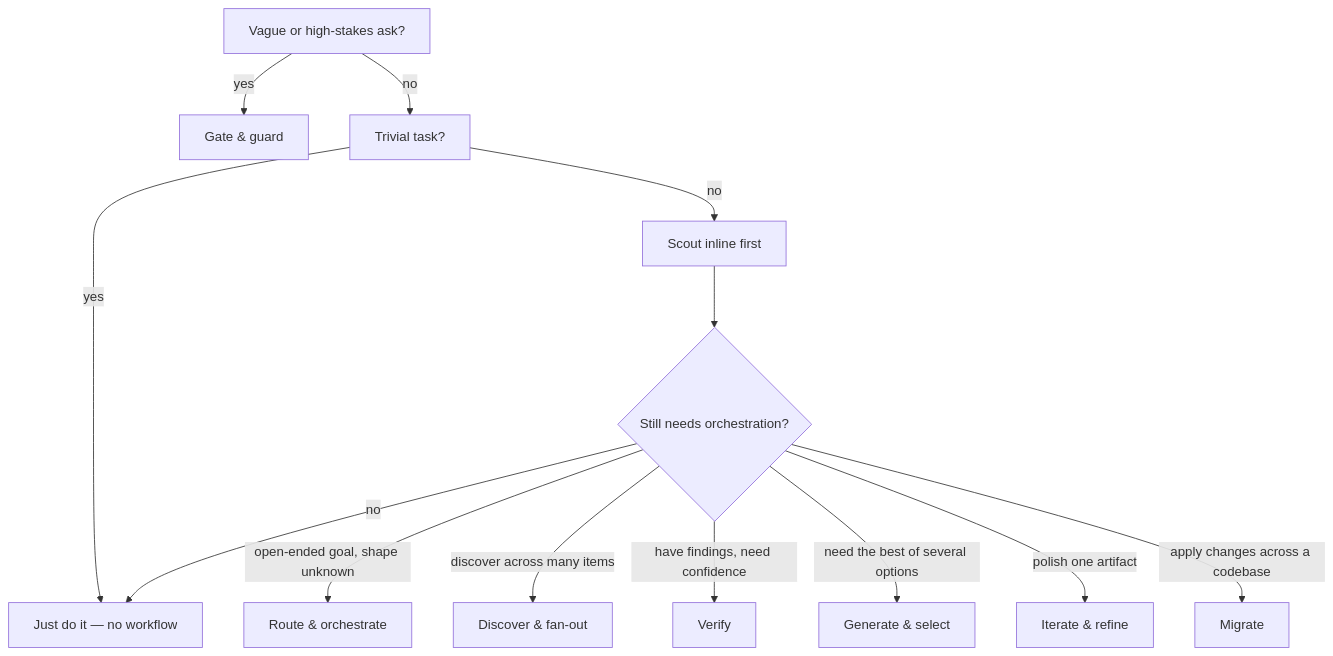
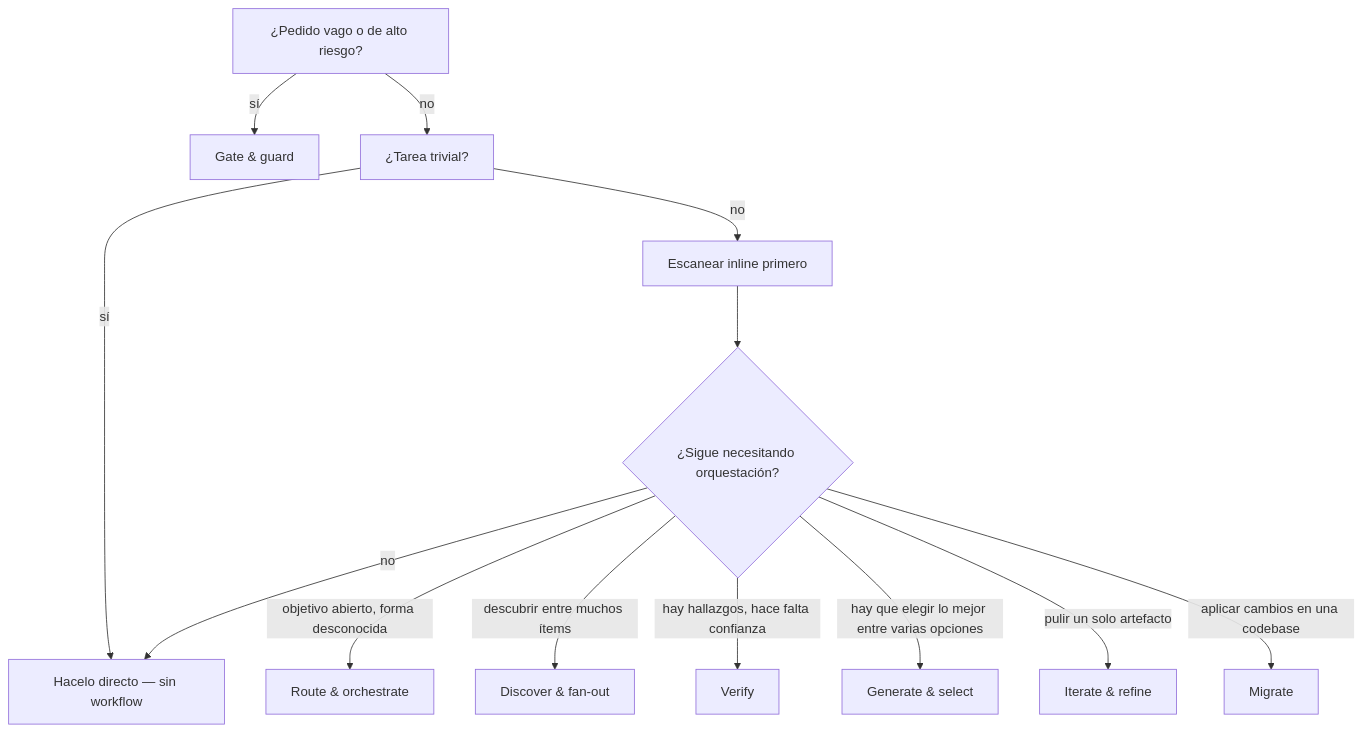
The diagram in docs/handbooks/workflow-catalog.md (andrestobelem/pandi-extensions), drawn with Mermaid before and after one commit. The commit also changed other lines of this file and 200 other files, not shown here.

````diff
--- a/docs/handbooks/workflow-catalog.md
+++ b/docs/handbooks/workflow-catalog.md
@@ -31,15 +26,15 @@
 ```mermaid
 flowchart TD
-    A[Vague or high-stakes ask?] -->|yes| B[Gate & guard]
-    A -->|no| C[Trivial task?]
-    C -->|yes| D[Just do it — no workflow]
-    C -->|no| E[Scout inline first]
-    E --> F{Still needs orchestration?}
+    A[¿Pedido vago o de alto riesgo?] -->|sí| B[Gate & guard]
+    A -->|no| C[¿Tarea trivial?]
+    C -->|sí| D[Hacelo directo — sin workflow]
+    C -->|no| E[Escanear inline primero]
+    E --> F{¿Sigue necesitando orquestación?}
     F -->|no| D
-    F -->|open-ended goal, shape unknown| G[Route & orchestrate]
-    F -->|discover across many items| H[Discover & fan-out]
-    F -->|have findings, need confidence| I[Verify]
-    F -->|need the best of several options| J[Generate & select]
-    F -->|polish one artifact| K[Iterate & refine]
-    F -->|apply changes across a codebase| L[Migrate]
+    F -->|objetivo abierto, forma desconocida| G[Route & orchestrate]
+    F -->|descubrir entre muchos ítems| H[Discover & fan-out]
+    F -->|hay hallazgos, hace falta confianza| I[Verify]
+    F -->|hay que elegir lo mejor entre varias opciones| J[Generate & select]
+    F -->|pulir un solo artefacto| K[Iterate & refine]
+    F -->|aplicar cambios en una codebase| L[Migrate]
 ```
````
